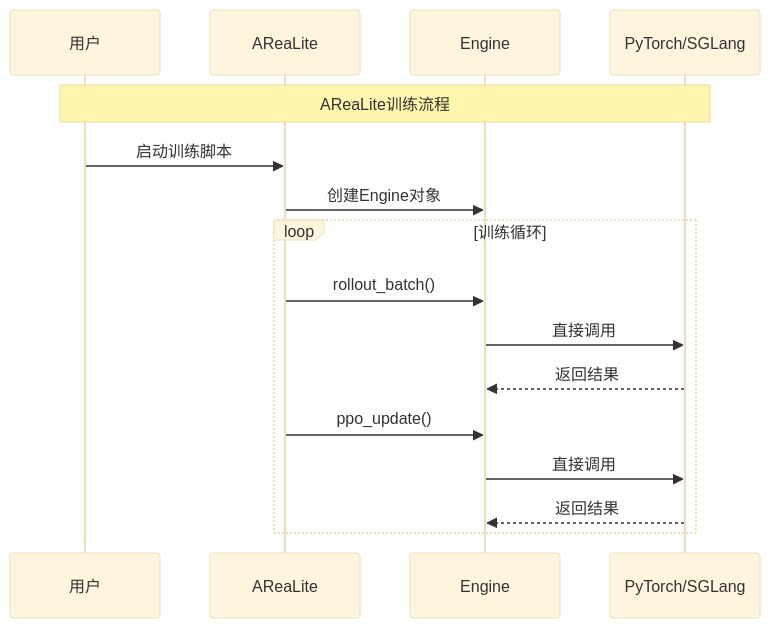
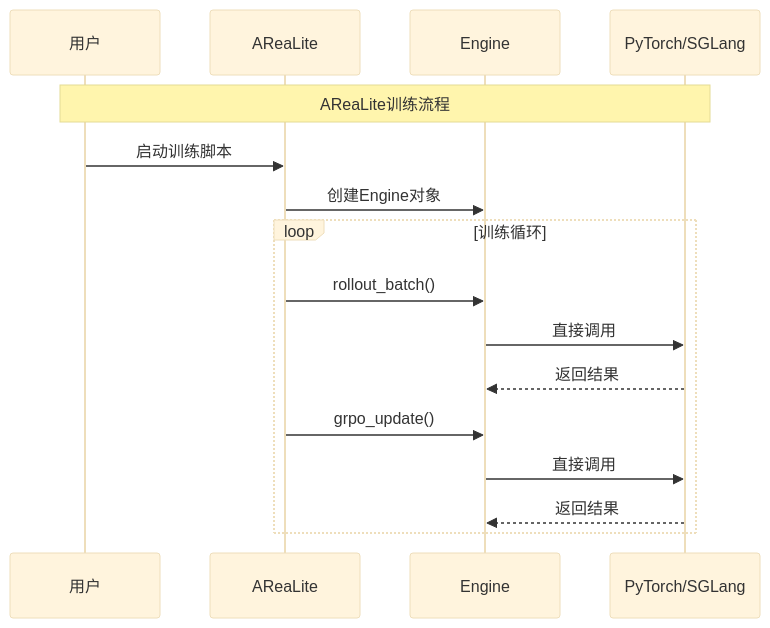
The seventh of 11 diagrams in docs/architecture/architecture_diagrams.md (zhshgmail/AReaL), drawn with Mermaid (base theme) before and after one commit. The commit also changed other lines of this file and 12 other files, not shown here.

Commit message:
update architecture docs

````diff
--- a/docs/architecture/architecture_diagrams.md
+++ b/docs/architecture/architecture_diagrams.md
@@ -277,19 +277,19 @@
 ```mermaid
 sequenceDiagram
     participant U as 用户
     participant AL as AReaLite
     participant E as Engine
     participant PT as PyTorch/SGLang
     
     Note over U,PT: AReaLite训练流程
     U->>AL: 启动训练脚本
     AL->>E: 创建Engine对象
     loop 训练循环
         AL->>E: rollout_batch()
         E->>PT: 直接调用
         PT-->>E: 返回结果
-        AL->>E: ppo_update()
+        AL->>E: grpo_update()
         E->>PT: 直接调用
         PT-->>E: 返回结果
     end
 ```
````
